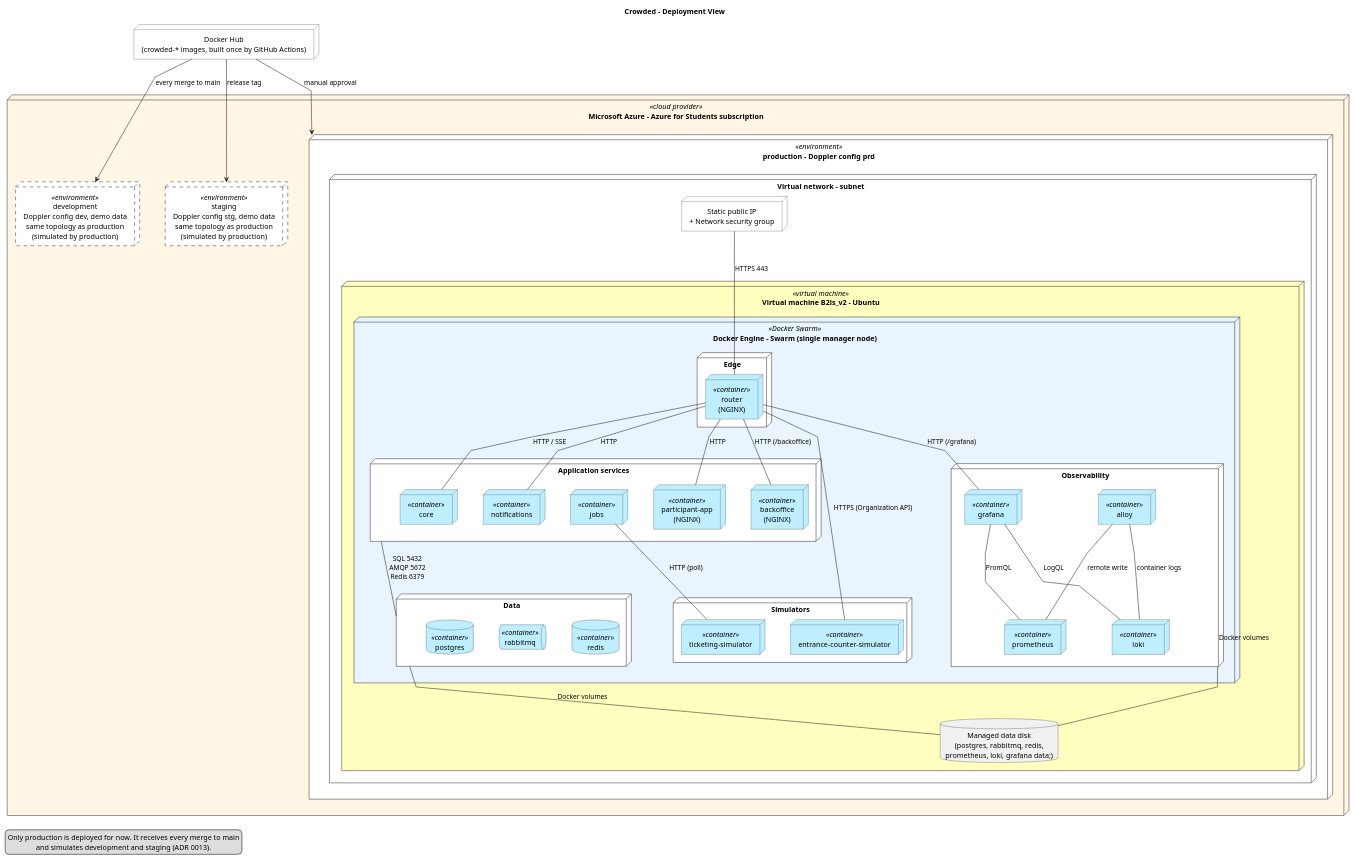
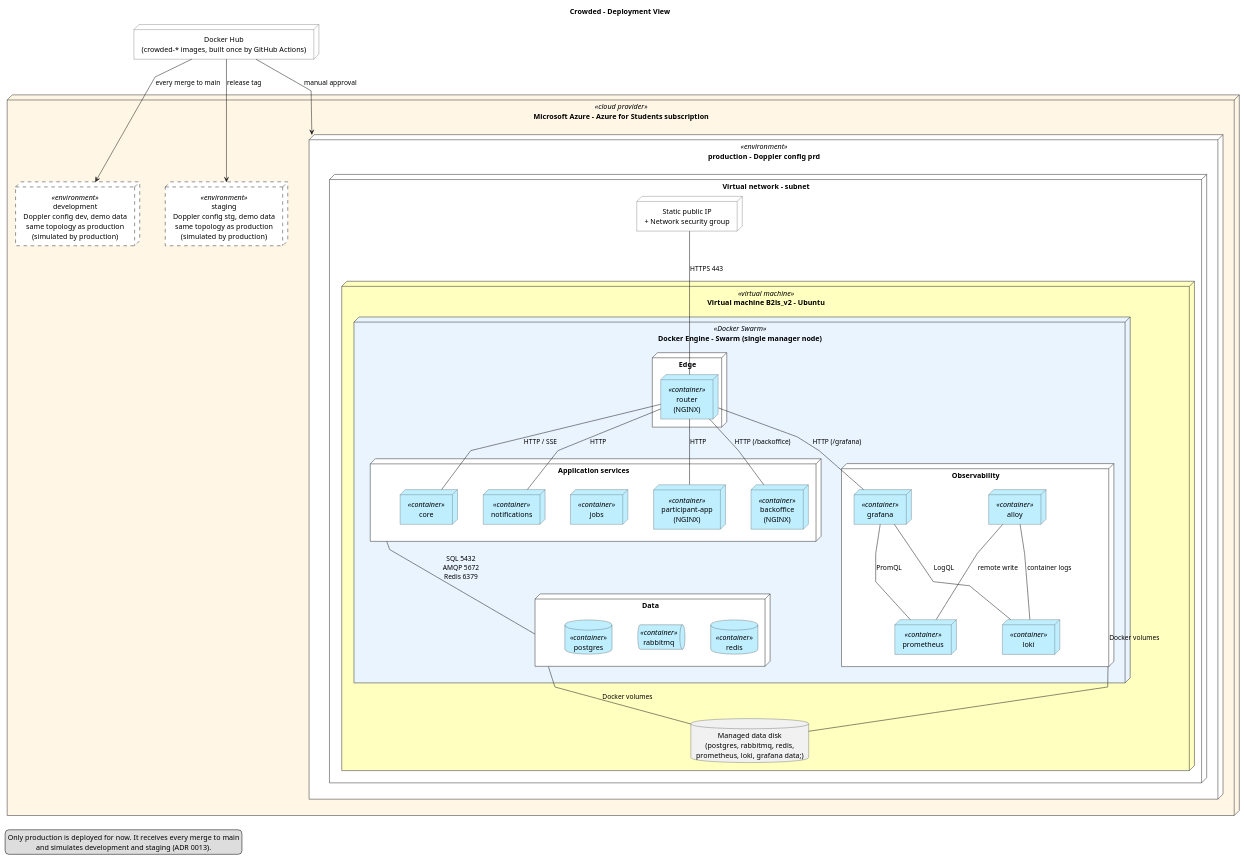
The diagram in docs/deliverables/diagrams/deployment-view.puml (andrereis26/crowded-labdsof), drawn with PlantUML before and after one commit. The commit also changed 36 other files, not shown here.

```diff
--- a/docs/deliverables/diagrams/deployment-view.puml
+++ b/docs/deliverables/diagrams/deployment-view.puml
@@ -1,134 +1,127 @@
 @startuml deployment-view
 ' Crowded - Deployment View
 ' Three environments (development, staging, production), each one Azure VM
 ' running a single-node Docker Swarm, provisioned with OpenTofu. Production is
 ' shown in full; development and staging are copies of it. In practice only
 ' production is deployed and simulates the other two (ADR 0013, ADR 0014).
 ' Shows only Crowded's own runtime; external systems are in the logical view.
 ' Sources: logical-view-level-2.puml, requirements.md (NFR-010..NFR-016, SR-008)
 
 title Crowded - Deployment View
 
 skinparam shadowing false
 skinparam linetype polyline
 skinparam nodesep 50
 skinparam ranksep 70
 skinparam defaultTextAlignment center
 
 skinparam node {
   BackgroundColor #FFFFFF
   BorderColor #333333
   BackgroundColor<<cloud provider>> #FFF6E5
   BackgroundColor<<virtual machine>> #FFFFC0
   BackgroundColor<<Docker Swarm>> #EAF4FF
   BackgroundColor<<container>> #BFEFFF
   BackgroundColor<<environment>> #FFFFFF
 }
 skinparam database {
   BackgroundColor<<container>> #BFEFFF
 }
 skinparam queue {
   BackgroundColor<<container>> #BFEFFF
 }
 
 ' ---------------------------------------------------------------------
 ' Azure
 ' ---------------------------------------------------------------------
 node "Docker Hub\n(crowded-* images, built once by GitHub Actions)" as Registry
 
 node "Microsoft Azure - Azure for Students subscription" <<cloud provider>> as Azure {
 
   node "development\nDoppler config dev, demo data\nsame topology as production\n(simulated by production)" <<environment>> as Dev #line.dashed
 
   node "staging\nDoppler config stg, demo data\nsame topology as production\n(simulated by production)" <<environment>> as Stg #line.dashed
 
   node "production - Doppler config prd" <<environment>> as Prod {
 
     node "Virtual network - subnet" as VNet {
 
       node "Static public IP\n+ Network security group" as PublicIP
 
       node "Virtual machine B2ls_v2 - Ubuntu" <<virtual machine>> as VM {
 
         node "Docker Engine - Swarm (single manager node)" <<Docker Swarm>> as Swarm {
 
           node "Edge" as EdgeGroup {
             node "router\n(NGINX)" <<container>> as Nginx
           }
 
           node "Application services" as AppGroup {
             node "core" <<container>> as Core
             node "notifications" <<container>> as Notifications
             node "jobs" <<container>> as Jobs
             node "participant-app\n(NGINX)" <<container>> as ParticipantApp
             node "backoffice\n(NGINX)" <<container>> as Backoffice
           }
 
-          node "Simulators" as SimGroup {
-            node "ticketing-simulator" <<container>> as TicketingSim
-            node "entrance-counter-simulator" <<container>> as CounterSim
-          }
-
           node "Data" as DataGroup {
             database "postgres" <<container>> as Postgres
             queue "rabbitmq" <<container>> as RabbitMQ
             database "redis" <<container>> as Redis
           }
 
           node "Observability" as ObsGroup {
             node "prometheus" <<container>> as Prometheus
             node "loki" <<container>> as Loki
             node "alloy" <<container>> as Alloy
             node "grafana" <<container>> as Grafana
           }
         }
 
         database "Managed data disk\n(postgres, rabbitmq, redis,\nprometheus, loki, grafana data;)" as Disk
       }
     }
   }
 }
 
 ' ---------------------------------------------------------------------
 ' Runtime communication
 ' Group-level links keep the view readable; which service uses which
 ' store is shown in the logical view.
 ' ---------------------------------------------------------------------
 PublicIP -down- Nginx : HTTPS 443
 
 Nginx -down- Core : HTTP / SSE
 Nginx -down- Notifications : HTTP
 Nginx -down- ParticipantApp : HTTP
 Nginx -down- Backoffice : HTTP (/backoffice)
 Nginx -down- Grafana : HTTP (/grafana)
 
 AppGroup -down- DataGroup : SQL 5432\nAMQP 5672\nRedis 6379
-Jobs -down- TicketingSim : HTTP (poll)
-Nginx -down-- CounterSim : HTTPS (Organization API)
 
 ' --- Observability
 Grafana -down- Prometheus : PromQL
 Grafana -down- Loki : LogQL
 Alloy -down- Loki : container logs
 Alloy -down- Prometheus : remote write
 
 ' --- Layout: data stores side by side
 Postgres -[hidden]right- RabbitMQ
 RabbitMQ -[hidden]right- Redis
 
 ' --- Promotion: the same images move up, never rebuilt
 Registry -down-> Dev : every merge to main
 Registry -down-> Stg : release tag
 Registry -down-> Prod : manual approval
 Dev -[hidden]right- Stg
 
 legend bottom left
   Only production is deployed for now. It receives every merge to main
   and simulates development and staging (ADR 0013).
 endlegend
 
 ' --- Storage
 DataGroup -down- Disk : Docker volumes
 ObsGroup -down- Disk : Docker volumes
 
 @enduml
```
